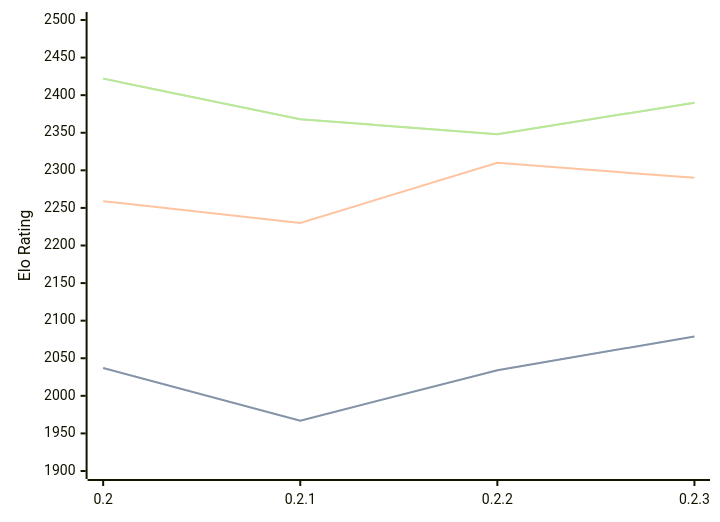
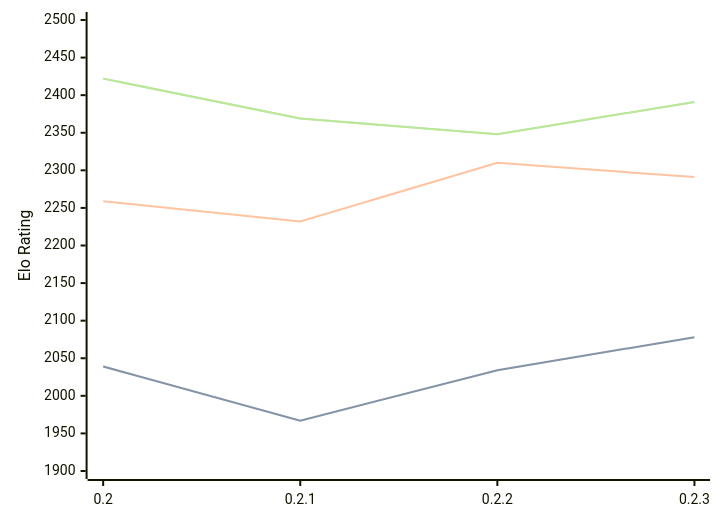
The diagram in engines/Lolbot.md (computer-chess-index/cci), drawn with Mermaid before and after one commit. The commit also changed other lines of this file, not shown here.

Commit message:
Update CCI Ratings (ELO VLTC) - 2026-02-20

````diff
--- a/engines/Lolbot.md
+++ b/engines/Lolbot.md
@@ -32,11 +32,11 @@
 ```mermaid
 %%{init: {"theme":"base","themeVariables":{"seriesColors:['#a3a3a3','#222221','#faa371']}}}%%
 xychart-beta
   x-axis ["0.2", "0.2.1", "0.2.2", "0.2.3"]
   y-axis "Elo Rating" 1900 --> 2500
-  line "STC (8.0+0.08s)" [2037, 1967, 2034, 2079]
-  line "STC (8.0+0.08s)" [2037, 1967, 2034, 2079]
-  line "LTC (60.0+0.60s)" [2259, 2230, 2310, 2290]
-  line "VLTC (2m24s+1.12s)" [2422, 2368, 2348, 2390]
-  line "VLTC (2m24s+1.12s)" [2422, 2368, 2348, 2390]
+  line "STC (8.0+0.08s)" [2039, 1967, 2034, 2078]
+  line "STC (8.0+0.08s)" [2039, 1967, 2034, 2078]
+  line "LTC (60.0+0.60s)" [2259, 2232, 2310, 2291]
+  line "VLTC (2m24s+1.12s)" [2422, 2369, 2348, 2391]
+  line "VLTC (2m24s+1.12s)" [2422, 2369, 2348, 2391]
 ```
````
